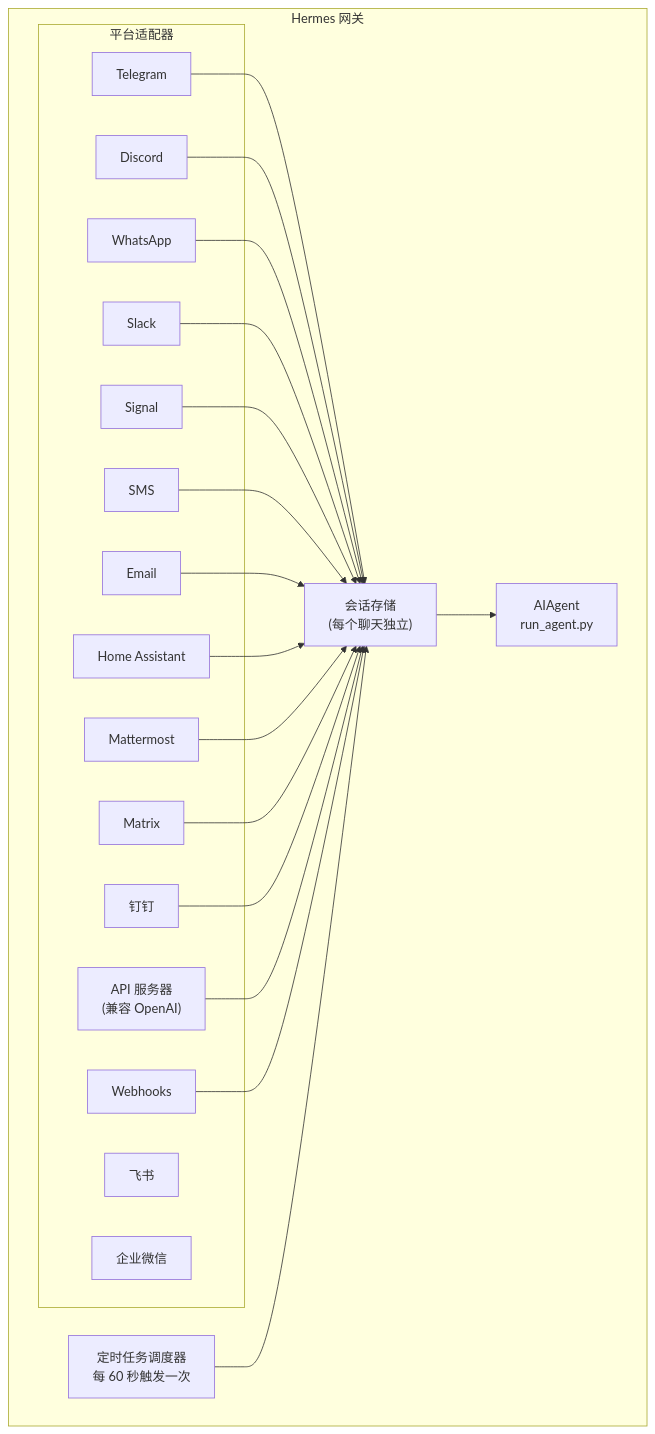
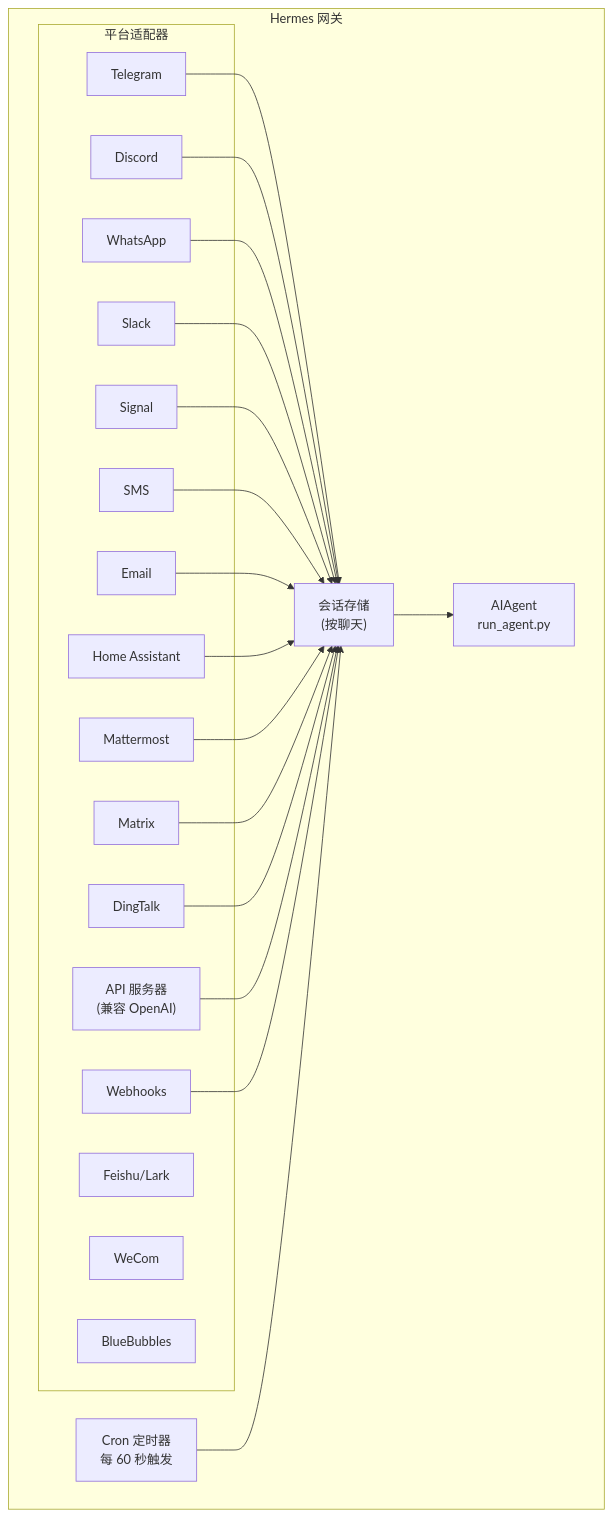
One commit to dracohu2025-cloud/hermes-agent changed the diagram in site/docs/user-guide/messaging/index.md. Above: the diagram before and after it, drawn with Mermaid. The commit also changed other lines of this file and 59 other files, not shown here.

````diff
--- a/site/docs/user-guide/messaging/index.md
+++ b/site/docs/user-guide/messaging/index.md
@@ -35,42 +36,43 @@
 ```mermaid
 flowchart TB
     subgraph Gateway["Hermes 网关"]
         subgraph Adapters["平台适配器"]
             tg[Telegram]
             dc[Discord]
             wa[WhatsApp]
             sl[Slack]
             sig[Signal]
             sms[SMS]
             em[Email]
             ha[Home Assistant]
             mm[Mattermost]
             mx[Matrix]
-            dt[钉钉]
-    fs[飞书]
-    wc[企业微信]
+            dt[DingTalk]
+    fs[Feishu/Lark]
+    wc[WeCom]
+    bb[BlueBubbles]
             api["API 服务器<br/>(兼容 OpenAI)"]
             wh[Webhooks]
         end
 
-        store["会话存储<br/>(每个聊天独立)"]
+        store["会话存储<br/>(按聊天)"]
         agent["AIAgent<br/>run_agent.py"]
-        cron["定时任务调度器<br/>每 60 秒触发一次"]
+        cron["Cron 定时器<br/>每 60 秒触发"]
     end
 
     tg --> store
     dc --> store
     wa --> store
     sl --> store
     sig --> store
     sms --> store
     em --> store
     ha --> store
     mm --> store
     mx --> store
     dt --> store
     api --> store
     wh --> store
     store --> agent
     cron --> store
 ```
````
